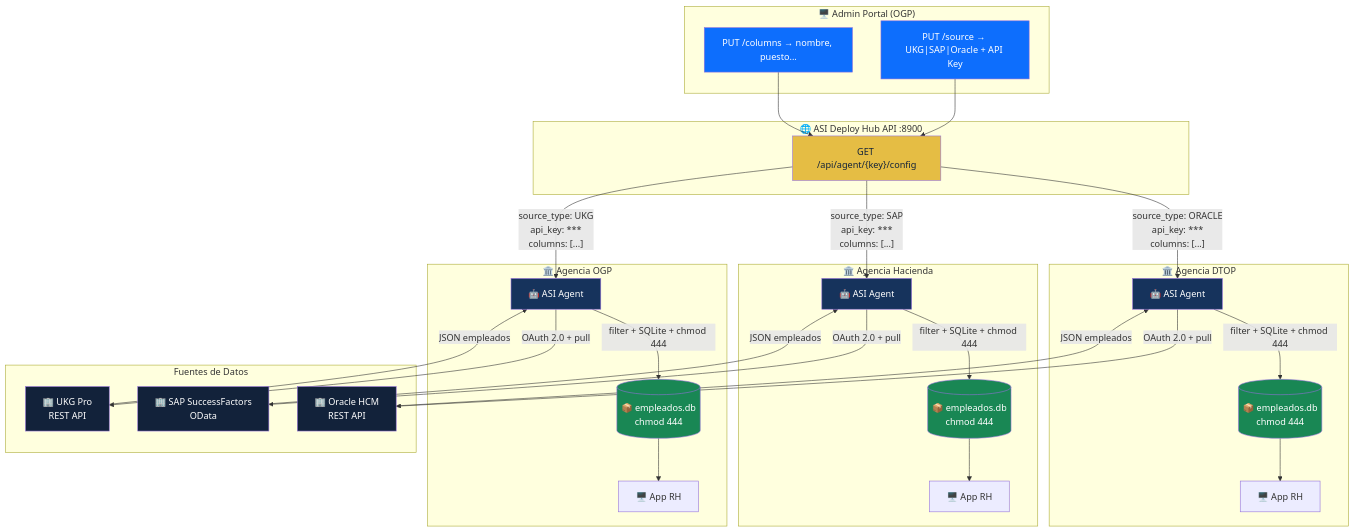
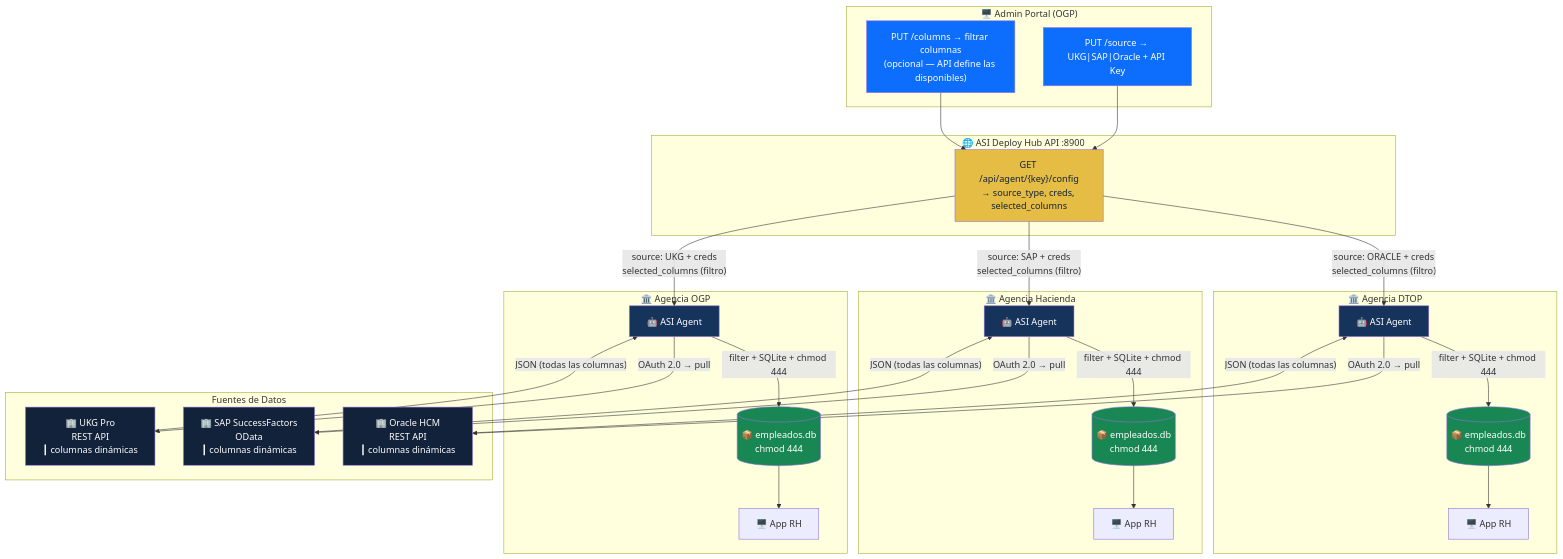
Before and after one commit to jcollazo/asi-deploy-hub: the first of 8 diagrams in docs/ARCHITECTURE_MERMAID.md, drawn with Mermaid. The commit also changed other lines of this file and 1 other file, not shown here.

First line of the commit message:
docs: actualizar diagramas y guía — columnas dinámicas del API

````diff
--- a/docs/ARCHITECTURE_MERMAID.md
+++ b/docs/ARCHITECTURE_MERMAID.md
@@ -7,70 +7,70 @@
 ```mermaid
 graph TB
     subgraph Portal["🖥️ Admin Portal (OGP)"]
         SRC["PUT /source → UKG|SAP|Oracle + API Key"]
-        COL["PUT /columns → nombre, puesto..."]
+        COL["PUT /columns → filtrar columnas<br/>(opcional — API define las disponibles)"]
     end
 
     subgraph Hub["🌐 ASI Deploy Hub API :8900"]
-        CONFIG["GET /api/agent/{key}/config"]
+        CONFIG["GET /api/agent/{key}/config<br/>→ source_type, creds, selected_columns"]
     end
 
     subgraph Agencia1["🏛️ Agencia OGP"]
         AG1["🤖 ASI Agent"]
         SQL1[("📦 empleados.db<br/>chmod 444")]
         APP1["🖥️ App RH"]
     end
 
     subgraph Agencia2["🏛️ Agencia Hacienda"]
         AG2["🤖 ASI Agent"]
         SQL2[("📦 empleados.db<br/>chmod 444")]
         APP2["🖥️ App RH"]
     end
 
     subgraph Agencia3["🏛️ Agencia DTOP"]
         AG3["🤖 ASI Agent"]
         SQL3[("📦 empleados.db<br/>chmod 444")]
         APP3["🖥️ App RH"]
     end
 
     subgraph Sources["Fuentes de Datos"]
-        UKG["🏢 UKG Pro<br/>REST API"]
-        SAP["🏢 SAP SuccessFactors<br/>OData"]
-        ORACLE["🏢 Oracle HCM<br/>REST API"]
+        UKG["🏢 UKG Pro<br/>REST API<br/>┃ columnas dinámicas"]
+        SAP["🏢 SAP SuccessFactors<br/>OData<br/>┃ columnas dinámicas"]
+        ORACLE["🏢 Oracle HCM<br/>REST API<br/>┃ columnas dinámicas"]
     end
 
     SRC --> CONFIG
     COL --> CONFIG
-    CONFIG -->|"source_type: UKG<br/>api_key: ***<br/>columns: [...]"| AG1
-    CONFIG -->|"source_type: SAP<br/>api_key: ***<br/>columns: [...]"| AG2
-    CONFIG -->|"source_type: ORACLE<br/>api_key: ***<br/>columns: [...]"| AG3
+    CONFIG -->|"source: UKG + creds<br/>selected_columns (filtro)"| AG1
+    CONFIG -->|"source: SAP + creds<br/>selected_columns (filtro)"| AG2
+    CONFIG -->|"source: ORACLE + creds<br/>selected_columns (filtro)"| AG3
 
-    AG1 -->|"OAuth 2.0 + pull"| UKG
-    AG2 -->|"OAuth 2.0 + pull"| SAP
-    AG3 -->|"OAuth 2.0 + pull"| ORACLE
+    AG1 -->|"OAuth 2.0 → pull"| UKG
+    AG2 -->|"OAuth 2.0 → pull"| SAP
+    AG3 -->|"OAuth 2.0 → pull"| ORACLE
 
-    UKG -->|"JSON empleados"| AG1
-    SAP -->|"JSON empleados"| AG2
-    ORACLE -->|"JSON empleados"| AG3
+    UKG -->|"JSON (todas las columnas)"| AG1
+    SAP -->|"JSON (todas las columnas)"| AG2
+    ORACLE -->|"JSON (todas las columnas)"| AG3
 
     AG1 -->|"filter + SQLite + chmod 444"| SQL1
     AG2 -->|"filter + SQLite + chmod 444"| SQL2
     AG3 -->|"filter + SQLite + chmod 444"| SQL3
 
     SQL1 --> APP1
     SQL2 --> APP2
     SQL3 --> APP3
 
     style SRC fill:#0D6EFD,color:#fff
     style COL fill:#0D6EFD,color:#fff
     style CONFIG fill:#E5BD44,color:#12223A
     style UKG fill:#12223A,color:#fff
     style SAP fill:#12223A,color:#fff
     style ORACLE fill:#12223A,color:#fff
     style AG1 fill:#16335C,color:#fff
     style AG2 fill:#16335C,color:#fff
     style AG3 fill:#16335C,color:#fff
     style SQL1 fill:#198754,color:#fff
     style SQL2 fill:#198754,color:#fff
     style SQL3 fill:#198754,color:#fff
 ```
````
